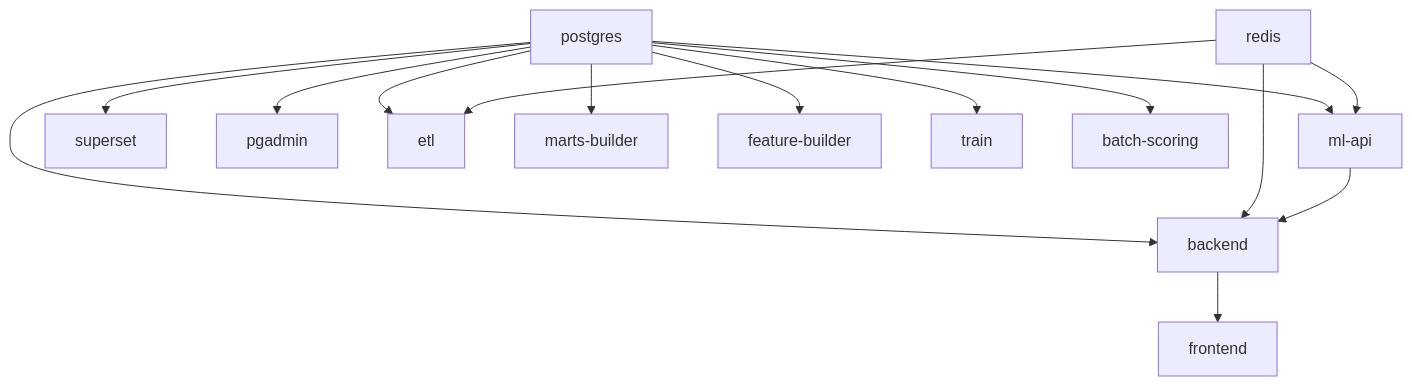
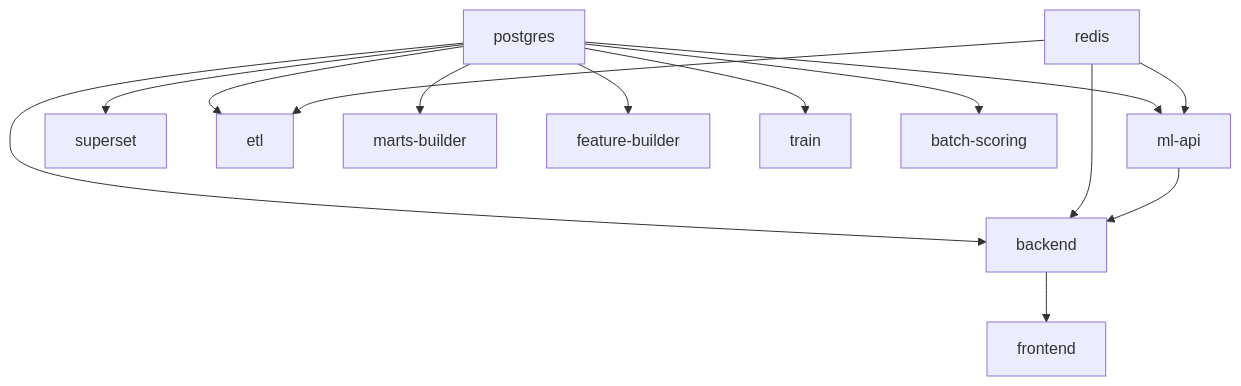
The second of 2 diagrams in docs/architecture/architecture.md (mipt-hackathon/4Sight), drawn with Mermaid before and after one commit. The commit also changed 5 other files, not shown here.

````diff
--- a/docs/architecture/architecture.md
+++ b/docs/architecture/architecture.md
@@ -22,30 +22,28 @@
 ```mermaid
 flowchart TD
     postgres["postgres"]
     redis["redis"]
     backend["backend"]
     mlapi["ml-api"]
     frontend["frontend"]
     superset["superset"]
-    pgadmin["pgadmin"]
     etl["etl"]
     marts["marts-builder"]
     features["feature-builder"]
     train["train"]
     scoring["batch-scoring"]
 
     postgres --> backend
     postgres --> mlapi
     postgres --> superset
-    postgres --> pgadmin
     postgres --> etl
     postgres --> marts
     postgres --> features
     postgres --> train
     postgres --> scoring
     redis --> backend
     redis --> mlapi
     redis --> etl
     backend --> frontend
     mlapi --> backend
 ```
````
